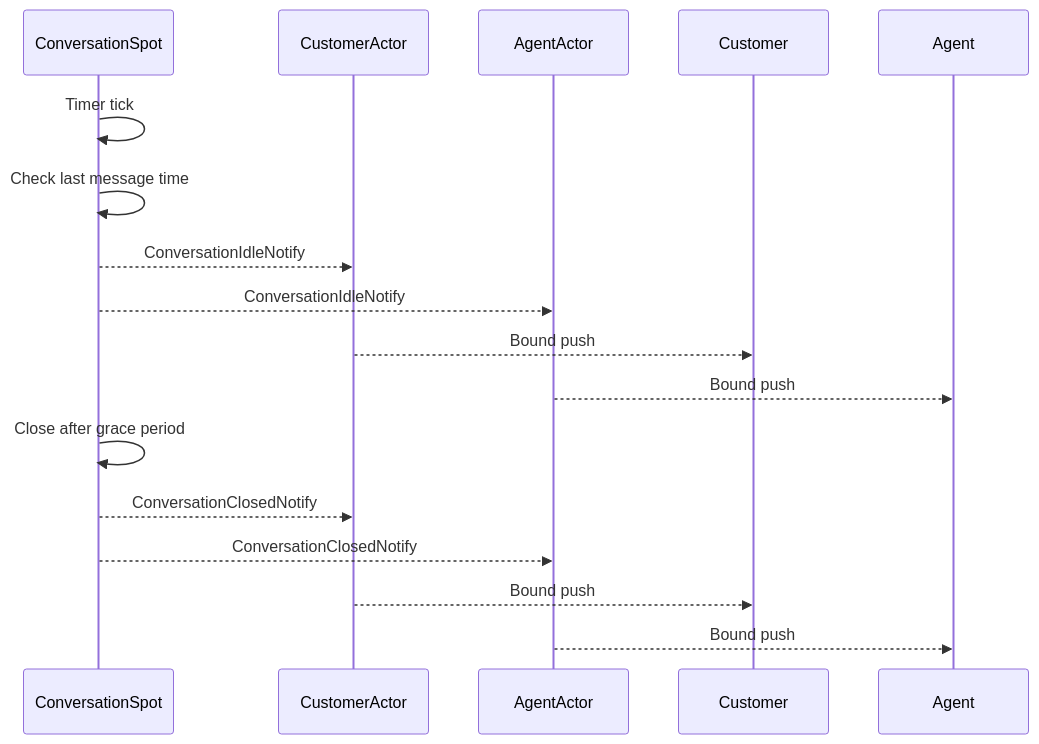
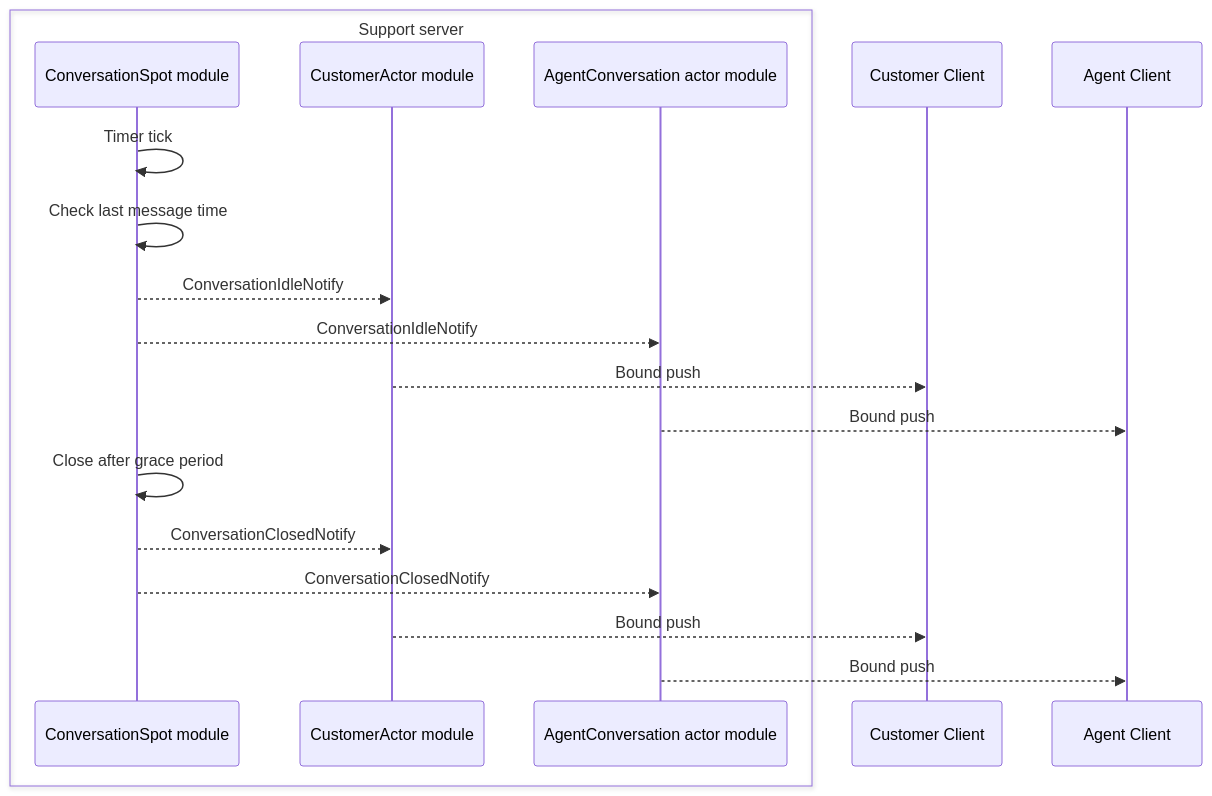
One commit to kairos-code-dev/zlink changed the fifth of 9 diagrams in framework/doc/framework/common/sample/supportchat/README.ko.md. Above: the diagram before and after it, drawn with Mermaid. The commit also changed other lines of this file and 182 other files, not shown here.

````diff
--- a/framework/doc/framework/common/sample/supportchat/README.ko.md
+++ b/framework/doc/framework/common/sample/supportchat/README.ko.md
@@ -663,20 +792,23 @@
 ```mermaid
 sequenceDiagram
-    participant R as ConversationSpot
-    participant CA as CustomerActor
-    participant AA as AgentActor
-    participant C as Customer
-    participant A as Agent
+    box Support server
+        participant R as ConversationSpot module
+        participant CA as CustomerActor module
+        participant AA as AgentConversation actor module
+    end
+
+    participant C as Customer Client
+    participant A as Agent Client
 
     R->>R: Timer tick
     R->>R: Check last message time
     R-->>CA: ConversationIdleNotify
     R-->>AA: ConversationIdleNotify
     CA-->>C: Bound push
     AA-->>A: Bound push
     R->>R: Close after grace period
     R-->>CA: ConversationClosedNotify
     R-->>AA: ConversationClosedNotify
     CA-->>C: Bound push
     AA-->>A: Bound push
 ```
````
